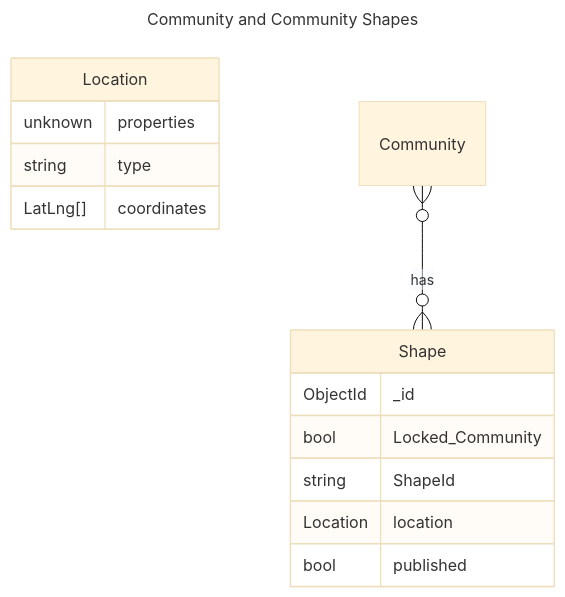
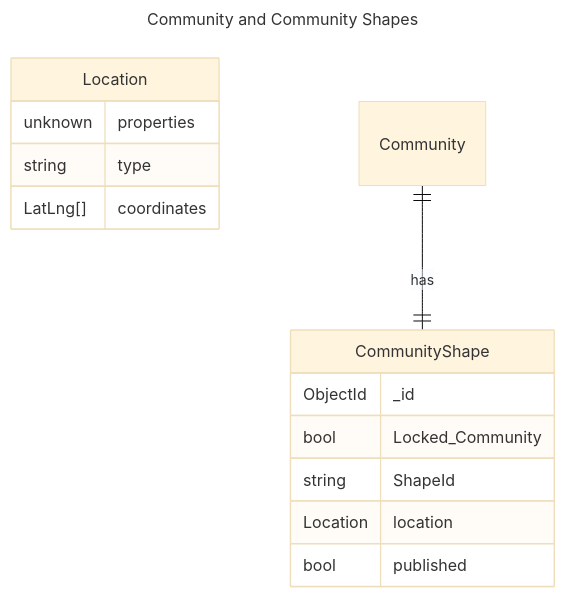
Before and after one commit to UXlySoftware/CIVA-Solution-Architecture: the fifth of 6 diagrams in diagrams/erd-community.md, drawn with Mermaid (base theme). The commit also changed other lines of this file, not shown here.

Commit message:
community erd update

````diff
--- a/diagrams/erd-community.md
+++ b/diagrams/erd-community.md
@@ -95,22 +95,22 @@
 ```mermaid
 ---
 title: Community and Community Shapes
 ---
 erDiagram
-    Shape {
+    CommunityShape {
         ObjectId _id
         bool Locked_Community
         string ShapeId
         Location location
         bool published
     }
 
     Location {
         unknown properties
         string type
         LatLng[] coordinates
     }
 
-    Community 0+--0+ Shape: has
+    Community ||--|| CommunityShape: has
 
 ```
````
